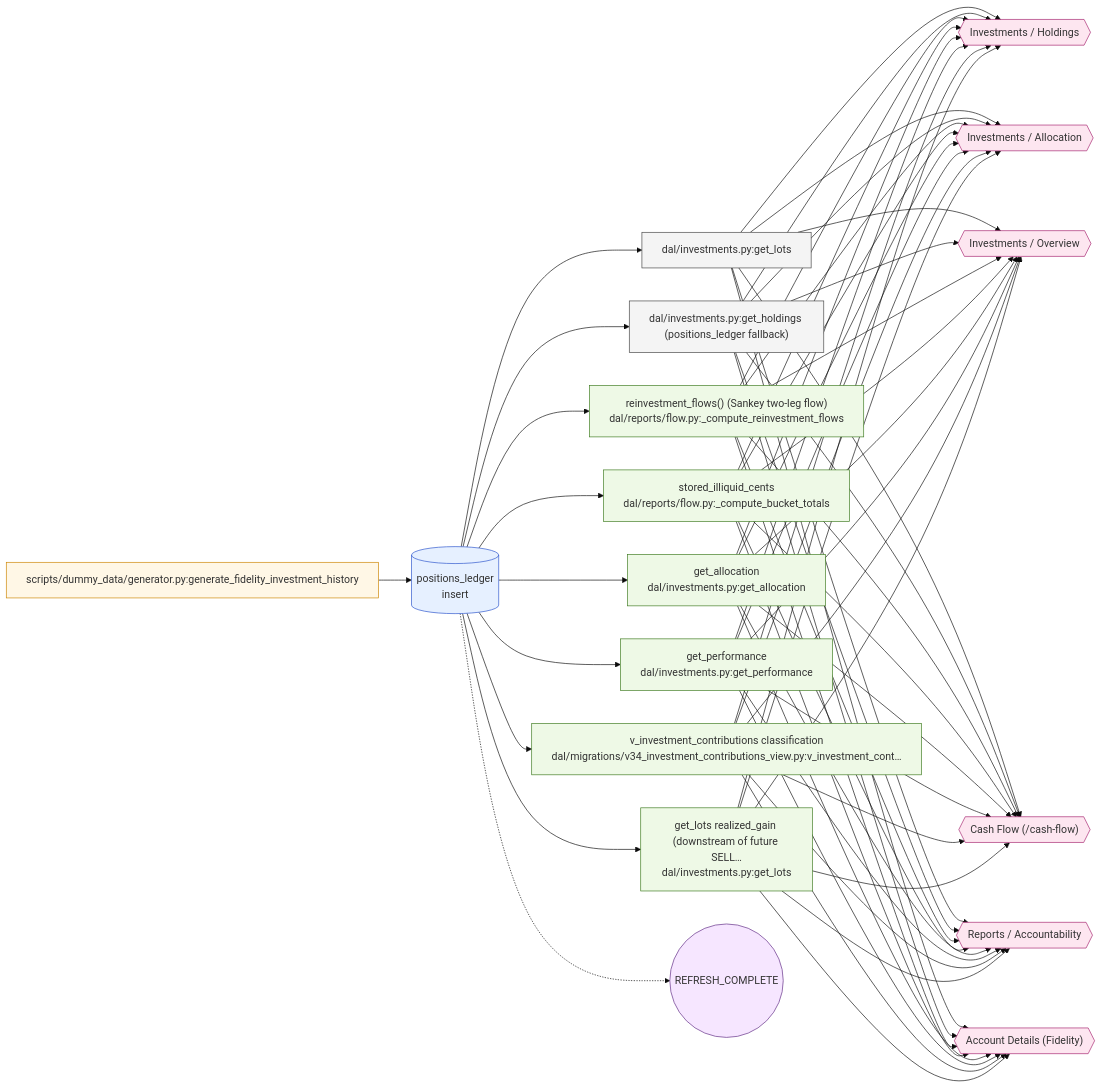
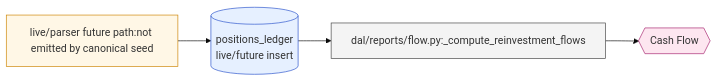
The diagram in docs/data-lineage/diagrams/dividend_reinvestment.mmd (wileyqe/Sentry-Finance), drawn with Mermaid (base theme) before and after one commit. The commit also changed 44 other files, not shown here.

Commit message:
Simplify canonical investment seed

```diff
--- a/docs/data-lineage/diagrams/dividend_reinvestment.mmd
+++ b/docs/data-lineage/diagrams/dividend_reinvestment.mmd
@@ -1,92 +1,22 @@
 %% Auto-generated by build_diagrams.py — do not edit by hand.
 %% Event: dividend_reinvestment (class: external_force)
 %% Dividend reinvestment
 graph LR
-  origin["scripts/dummy_data/generator.py:generate_fidelity_investment_history"]
-  tbl_positions_ledger[("positions_ledger<br/>insert")]
+  origin["live/parser future path:not emitted by canonical seed"]
+  tbl_positions_ledger[("positions_ledger<br/>live/future insert")]
   origin --> tbl_positions_ledger
-  dc0_get_lots["dal/investments.py:get_lots"]
-  dc1_get_holdings_positions_ledger_fallback["dal/investments.py:get_holdings (positions_ledger fallback)"]
-  dv0_reinvestment_flows_Sankey_two_leg_flow["reinvestment_flows() (Sankey two-leg flow)<br/>dal/reports/flow.py:_compute_reinvestment_flows"]
-  dv1_stored_illiquid_cents["stored_illiquid_cents<br/>dal/reports/flow.py:_compute_bucket_totals"]
-  dv2_get_allocation["get_allocation<br/>dal/investments.py:get_allocation"]
-  dv3_get_performance["get_performance<br/>dal/investments.py:get_performance"]
-  dv4_v_investment_contributions_classification["v_investment_contributions classification<br/>dal/migrations/v34_investment_contributions_view.py:v_investment_cont…"]
-  dv5_get_lots_realized_gain_downstream_of_future_SELLs["get_lots realized_gain (downstream of future SELL…<br/>dal/investments.py:get_lots"]
-  tbl_positions_ledger --> dc0_get_lots
-  tbl_positions_ledger --> dc1_get_holdings_positions_ledger_fallback
-  tbl_positions_ledger --> dv0_reinvestment_flows_Sankey_two_leg_flow
-  tbl_positions_ledger --> dv1_stored_illiquid_cents
-  tbl_positions_ledger --> dv2_get_allocation
-  tbl_positions_ledger --> dv3_get_performance
-  tbl_positions_ledger --> dv4_v_investment_contributions_classification
-  tbl_positions_ledger --> dv5_get_lots_realized_gain_downstream_of_future_SELLs
-  ui0_Investments_Holdings{{"Investments / Holdings"}}
-  ui1_Investments_Allocation{{"Investments / Allocation"}}
-  ui2_Investments_Overview{{"Investments / Overview"}}
-  ui3_Cash_Flow_cash_flow{{"Cash Flow (/cash-flow)"}}
-  ui4_Reports_Accountability{{"Reports / Accountability"}}
-  ui5_Account_Details_Fidelity{{"Account Details (Fidelity)"}}
-  dc0_get_lots --> ui0_Investments_Holdings
-  dc1_get_holdings_positions_ledger_fallback --> ui0_Investments_Holdings
-  dv0_reinvestment_flows_Sankey_two_leg_flow --> ui0_Investments_Holdings
-  dv1_stored_illiquid_cents --> ui0_Investments_Holdings
-  dv2_get_allocation --> ui0_Investments_Holdings
-  dv3_get_performance --> ui0_Investments_Holdings
-  dv4_v_investment_contributions_classification --> ui0_Investments_Holdings
-  dv5_get_lots_realized_gain_downstream_of_future_SELLs --> ui0_Investments_Holdings
-  dc0_get_lots --> ui1_Investments_Allocation
-  dc1_get_holdings_positions_ledger_fallback --> ui1_Investments_Allocation
-  dv0_reinvestment_flows_Sankey_two_leg_flow --> ui1_Investments_Allocation
-  dv1_stored_illiquid_cents --> ui1_Investments_Allocation
-  dv2_get_allocation --> ui1_Investments_Allocation
-  dv3_get_performance --> ui1_Investments_Allocation
-  dv4_v_investment_contributions_classification --> ui1_Investments_Allocation
-  dv5_get_lots_realized_gain_downstream_of_future_SELLs --> ui1_Investments_Allocation
-  dc0_get_lots --> ui2_Investments_Overview
-  dc1_get_holdings_positions_ledger_fallback --> ui2_Investments_Overview
-  dv0_reinvestment_flows_Sankey_two_leg_flow --> ui2_Investments_Overview
-  dv1_stored_illiquid_cents --> ui2_Investments_Overview
-  dv2_get_allocation --> ui2_Investments_Overview
-  dv3_get_performance --> ui2_Investments_Overview
-  dv4_v_investment_contributions_classification --> ui2_Investments_Overview
-  dv5_get_lots_realized_gain_downstream_of_future_SELLs --> ui2_Investments_Overview
-  dc0_get_lots --> ui3_Cash_Flow_cash_flow
-  dc1_get_holdings_positions_ledger_fallback --> ui3_Cash_Flow_cash_flow
-  dv0_reinvestment_flows_Sankey_two_leg_flow --> ui3_Cash_Flow_cash_flow
-  dv1_stored_illiquid_cents --> ui3_Cash_Flow_cash_flow
-  dv2_get_allocation --> ui3_Cash_Flow_cash_flow
-  dv3_get_performance --> ui3_Cash_Flow_cash_flow
-  dv4_v_investment_contributions_classification --> ui3_Cash_Flow_cash_flow
-  dv5_get_lots_realized_gain_downstream_of_future_SELLs --> ui3_Cash_Flow_cash_flow
-  dc0_get_lots --> ui4_Reports_Accountability
-  dc1_get_holdings_positions_ledger_fallback --> ui4_Reports_Accountability
-  dv0_reinvestment_flows_Sankey_two_leg_flow --> ui4_Reports_Accountability
-  dv1_stored_illiquid_cents --> ui4_Reports_Accountability
-  dv2_get_allocation --> ui4_Reports_Accountability
-  dv3_get_performance --> ui4_Reports_Accountability
-  dv4_v_investment_contributions_classification --> ui4_Reports_Accountability
-  dv5_get_lots_realized_gain_downstream_of_future_SELLs --> ui4_Reports_Accountability
-  dc0_get_lots --> ui5_Account_Details_Fidelity
-  dc1_get_holdings_positions_ledger_fallback --> ui5_Account_Details_Fidelity
-  dv0_reinvestment_flows_Sankey_two_leg_flow --> ui5_Account_Details_Fidelity
-  dv1_stored_illiquid_cents --> ui5_Account_Details_Fidelity
-  dv2_get_allocation --> ui5_Account_Details_Fidelity
-  dv3_get_performance --> ui5_Account_Details_Fidelity
-  dv4_v_investment_contributions_classification --> ui5_Account_Details_Fidelity
-  dv5_get_lots_realized_gain_downstream_of_future_SELLs --> ui5_Account_Details_Fidelity
-  ex0_REFRESH_COMPLETE(("REFRESH_COMPLETE"))
-  tbl_positions_ledger -.-> ex0_REFRESH_COMPLETE
+  dc0_compute_reinvestment_flows["dal/reports/flow.py:_compute_reinvestment_flows"]
+  tbl_positions_ledger --> dc0_compute_reinvestment_flows
+  ui0_Cash_Flow{{"Cash Flow"}}
+  dc0_compute_reinvestment_flows --> ui0_Cash_Flow
 
   classDef origin fill:#fff7e6,stroke:#cc8400,stroke-width:1px;
   classDef table fill:#e6f0ff,stroke:#2952cc,stroke-width:1px;
   classDef consumer fill:#f4f4f4,stroke:#444,stroke-width:1px;
   classDef derivation fill:#eef9e6,stroke:#3d7a1f,stroke-width:1px;
   classDef ui fill:#fde6f0,stroke:#a5226f,stroke-width:1px;
   classDef effect fill:#f6e6ff,stroke:#5e2a82,stroke-width:1px;
   class origin origin;
   class tbl_positions_ledger table;
-  class dc0_get_lots,dc1_get_holdings_positions_ledger_fallback consumer;
-  class dv0_reinvestment_flows_Sankey_two_leg_flow,dv1_stored_illiquid_cents,dv2_get_allocation,dv3_get_performance,dv4_v_investment_contributions_classification,dv5_get_lots_realized_gain_downstream_of_future_SELLs derivation;
-  class ui0_Investments_Holdings,ui1_Investments_Allocation,ui2_Investments_Overview,ui3_Cash_Flow_cash_flow,ui4_Reports_Accountability,ui5_Account_Details_Fidelity ui;
-  class ex0_REFRESH_COMPLETE effect;
+  class dc0_compute_reinvestment_flows consumer;
+  class ui0_Cash_Flow ui;
```
